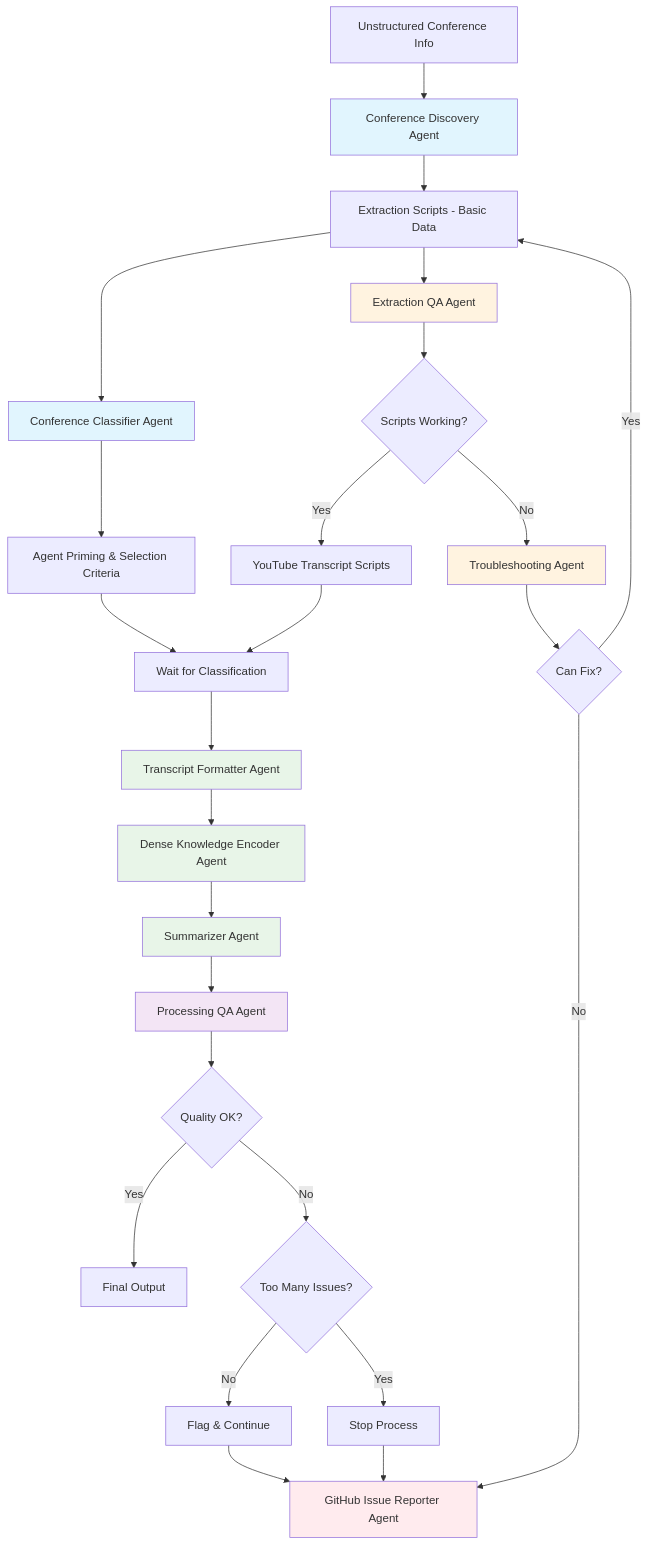
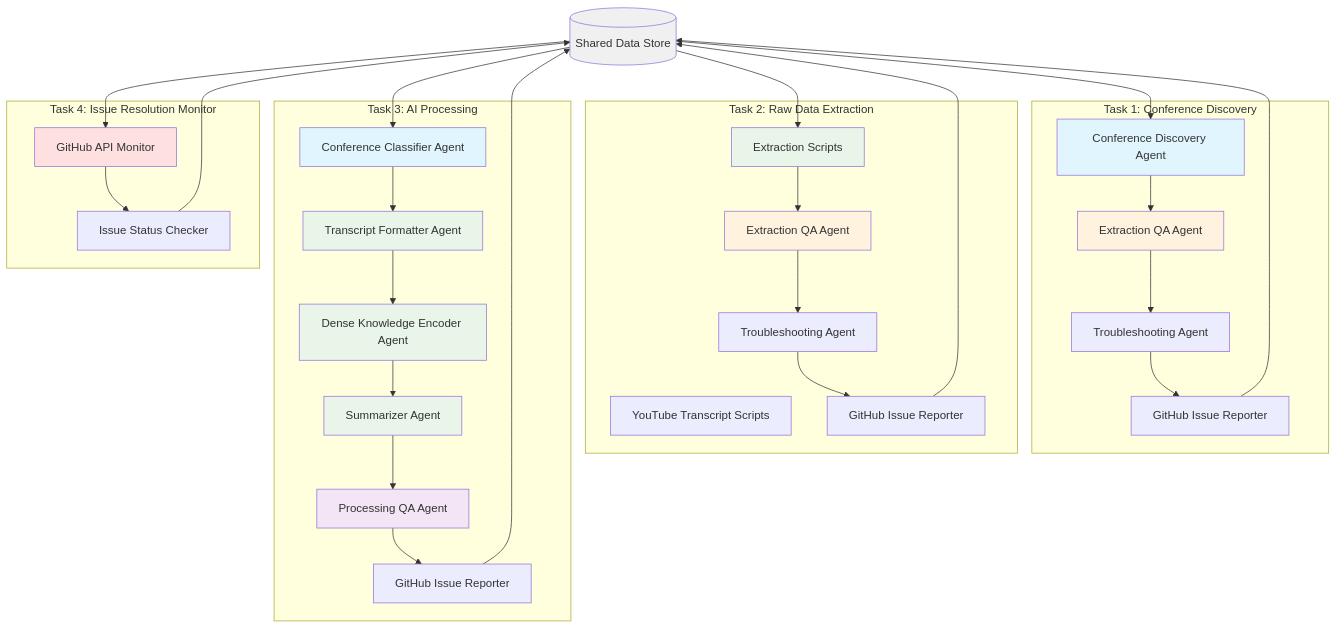
Before and after one commit to lago-morph/conference-summaries: the first of 9 diagrams in specs/conference-extractor/requirements.md, drawn with Mermaid. The commit also changed other lines of this file and 1 other file, not shown here.

````diff
--- a/specs/conference-extractor/requirements.md
+++ b/specs/conference-extractor/requirements.md
@@ -9,38 +11,69 @@
 ```mermaid
 graph TD
-    A[Unstructured Conference Info] --> B[Conference Discovery Agent]
-    B --> C[Extraction Scripts - Basic Data]
-    C --> CC[Conference Classifier Agent]
-    C --> D[Extraction QA Agent]
-    D --> E{Scripts Working?}
-    E -->|Yes| F[YouTube Transcript Scripts]
-    E -->|No| G[Troubleshooting Agent]
-    G --> H{Can Fix?}
-    H -->|Yes| C
-    H -->|No| I[GitHub Issue Reporter Agent]
+    SDS[(Shared Data Store)]
     
-    CC --> K[Agent Priming & Selection Criteria]
-    F --> J[Wait for Classification]
-    K --> J
-    J --> L[Transcript Formatter Agent]
-    L --> M[Dense Knowledge Encoder Agent]
-    M --> N[Summarizer Agent]
-    N --> O[Processing QA Agent]
-    O --> P{Quality OK?}
-    P -->|Yes| Q[Final Output]
-    P -->|No| R{Too Many Issues?}
-    R -->|No| S[Flag & Continue]
-    R -->|Yes| T[Stop Process]
-    S --> I
-    T --> I
+    subgraph "Task 1: Conference Discovery"
+        T1A[Conference Discovery Agent]
+        T1B[Extraction QA Agent]
+        T1C[Troubleshooting Agent]
+        T1D[GitHub Issue Reporter]
+    end
     
-    style B fill:#e1f5fe
-    style D fill:#fff3e0
-    style CC fill:#e1f5fe
-    style G fill:#fff3e0
-    style I fill:#ffebee
-    style L fill:#e8f5e8
-    style M fill:#e8f5e8
-    style N fill:#e8f5e8
-    style O fill:#f3e5f5
+    subgraph "Task 2: Raw Data Extraction"
+        T2A[Extraction Scripts]
+        T2B[YouTube Transcript Scripts]
+        T2C[Extraction QA Agent]
+        T2D[Troubleshooting Agent]
+        T2E[GitHub Issue Reporter]
+    end
+    
+    subgraph "Task 3: AI Processing"
+        T3A[Conference Classifier Agent]
+        T3B[Transcript Formatter Agent]
+        T3C[Dense Knowledge Encoder Agent]
+        T3D[Summarizer Agent]
+        T3E[Processing QA Agent]
+        T3F[GitHub Issue Reporter]
+    end
+    
+    subgraph "Task 4: Issue Resolution Monitor"
+        T4A[GitHub API Monitor]
+        T4B[Issue Status Checker]
+    end
+    
+    SDS --> T1A
+    T1A --> T1B
+    T1B --> T1C
+    T1C --> T1D
+    T1D --> SDS
+    
+    SDS --> T2A
+    T2A --> T2C
+    T2C --> T2D
+    T2D --> T2E
+    T2E --> SDS
+    
+    SDS --> T3A
+    T3A --> T3B
+    T3B --> T3C
+    T3C --> T3D
+    T3D --> T3E
+    T3E --> T3F
+    T3F --> SDS
+    
+    SDS --> T4A
+    T4A --> T4B
+    T4B --> SDS
+    
+    style SDS fill:#f0f0f0
+    style T1A fill:#e1f5fe
+    style T1B fill:#fff3e0
+    style T2A fill:#e8f5e8
+    style T2C fill:#fff3e0
+    style T3A fill:#e1f5fe
+    style T3B fill:#e8f5e8
+    style T3C fill:#e8f5e8
+    style T3D fill:#e8f5e8
+    style T3E fill:#f3e5f5
+    style T4A fill:#ffe0e0
 ```
````
